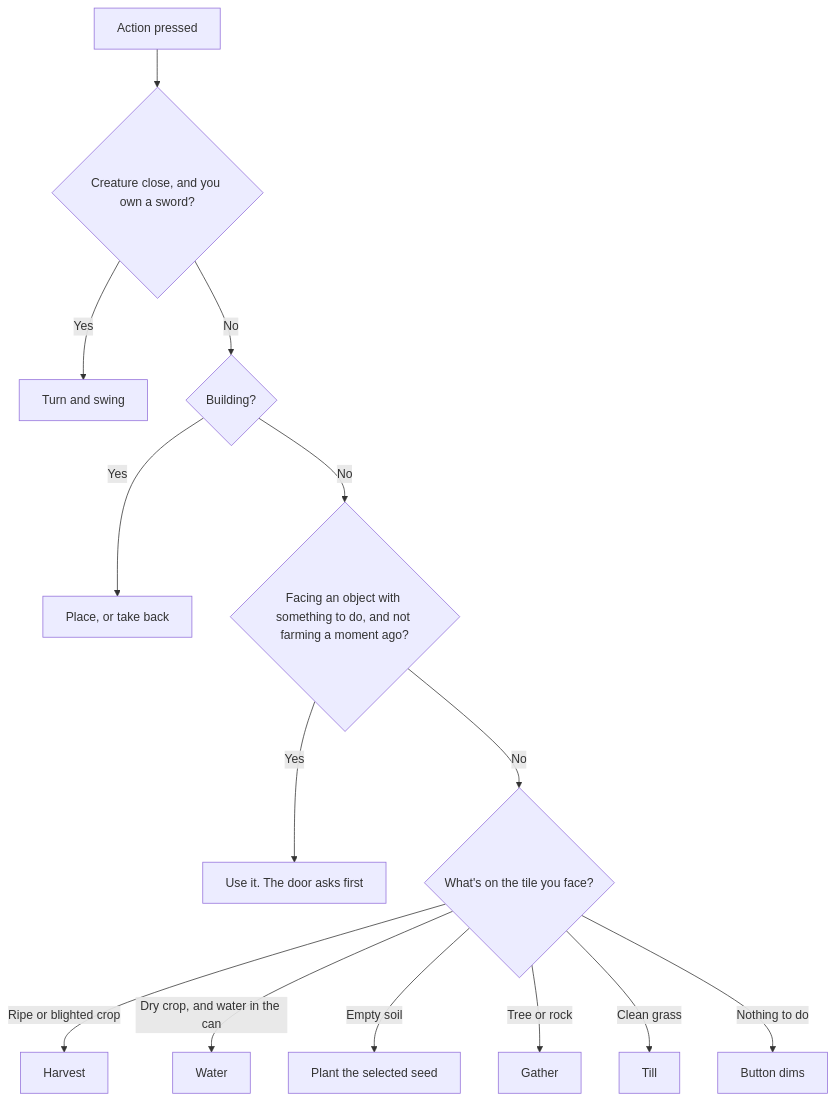
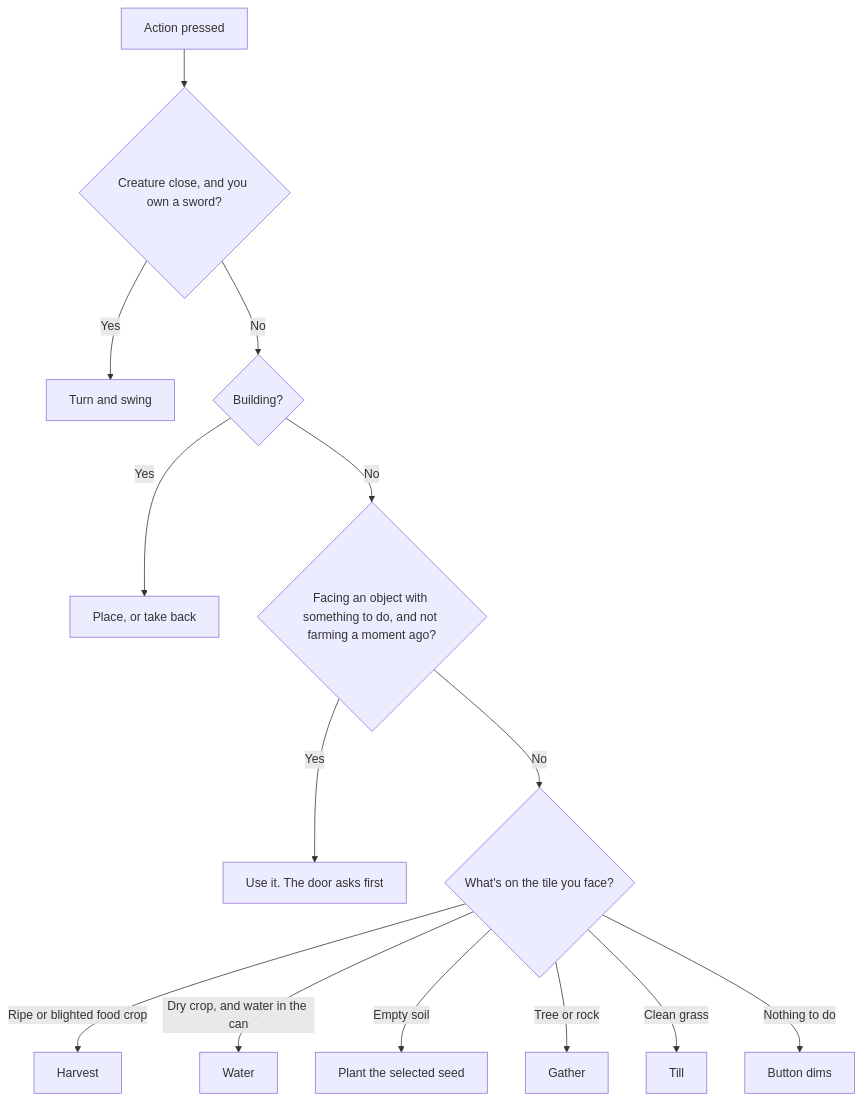
Before and after one commit to sudo0x/GameDevelopments: the first of 2 diagrams in docs/24_2026-11-07_controls-comparison.md, drawn with Mermaid. The commit also changed other lines of this file and 12 other files, not shown here.

````diff
--- a/docs/24_2026-11-07_controls-comparison.md
+++ b/docs/24_2026-11-07_controls-comparison.md
@@ -17,16 +17,16 @@
 ```mermaid
 flowchart TD
 	A[Action pressed] --> B{Creature close, and you own a sword?}
 	B -->|Yes| C[Turn and swing]
 	B -->|No| D{Building?}
 	D -->|Yes| E[Place, or take back]
 	D -->|No| F{Facing an object with something to do, and not farming a moment ago?}
 	F -->|Yes| G[Use it. The door asks first]
 	F -->|No| H{What's on the tile you face?}
-	H -->|Ripe or blighted crop| I[Harvest]
+	H -->|Ripe or blighted food crop| I[Harvest]
 	H -->|Dry crop, and water in the can| J[Water]
 	H -->|Empty soil| K[Plant the selected seed]
 	H -->|Tree or rock| L[Gather]
 	H -->|Clean grass| M[Till]
 	H -->|Nothing to do| N[Button dims]
 ```
````
